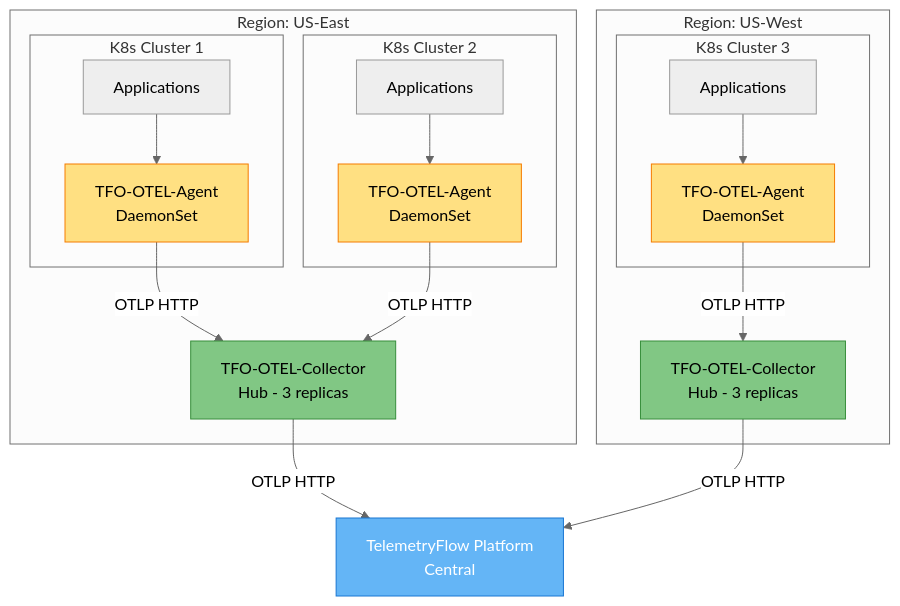
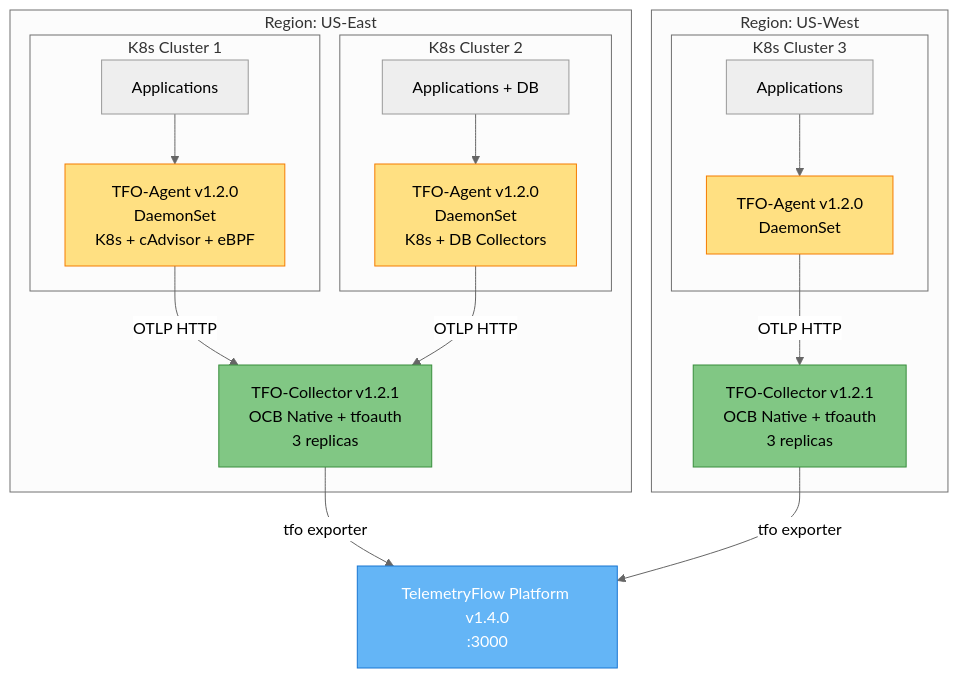
The second of 4 diagrams in tfo-otel/DEPLOYMENT.md (telemetryflow/telemetryflow-overview), drawn with Mermaid (neutral theme) before and after one commit. The commit also changed other lines of this file and 68 other files, not shown here.

Commit message:
feat: TFO Overview Update, TFO Platform v1.4.0

````diff
--- a/tfo-otel/DEPLOYMENT.md
+++ b/tfo-otel/DEPLOYMENT.md
@@ -81,38 +77,38 @@
 ```mermaid
 graph TB
     subgraph REGION1[Region: US-East]
         subgraph CLUSTER1[K8s Cluster 1]
-            APPS1[Applications] --> AGENT1[TFO-OTEL-Agent<br/>DaemonSet]
+            APPS1[Applications] --> AGENT1[TFO-Agent v1.2.0<br/>DaemonSet<br/>K8s + cAdvisor + eBPF]
         end
 
         subgraph CLUSTER2[K8s Cluster 2]
-            APPS2[Applications] --> AGENT2[TFO-OTEL-Agent<br/>DaemonSet]
+            APPS2[Applications + DB] --> AGENT2[TFO-Agent v1.2.0<br/>DaemonSet<br/>K8s + DB Collectors]
         end
 
-        COLLECTOR1[TFO-OTEL-Collector<br/>Hub - 3 replicas]
+        COLLECTOR1[TFO-Collector v1.2.1<br/>OCB Native + tfoauth<br/>3 replicas]
     end
 
     subgraph REGION2[Region: US-West]
         subgraph CLUSTER3[K8s Cluster 3]
-            APPS3[Applications] --> AGENT3[TFO-OTEL-Agent<br/>DaemonSet]
+            APPS3[Applications] --> AGENT3[TFO-Agent v1.2.0<br/>DaemonSet]
         end
 
-        COLLECTOR2[TFO-OTEL-Collector<br/>Hub - 3 replicas]
+        COLLECTOR2[TFO-Collector v1.2.1<br/>OCB Native + tfoauth<br/>3 replicas]
     end
 
-    PLATFORM[TelemetryFlow Platform<br/>Central]
+    PLATFORM[TelemetryFlow Platform v1.4.0<br/>:3000]
 
     AGENT1 -->|OTLP HTTP| COLLECTOR1
     AGENT2 -->|OTLP HTTP| COLLECTOR1
     AGENT3 -->|OTLP HTTP| COLLECTOR2
 
-    COLLECTOR1 -->|OTLP HTTP| PLATFORM
-    COLLECTOR2 -->|OTLP HTTP| PLATFORM
+    COLLECTOR1 -->|tfo exporter| PLATFORM
+    COLLECTOR2 -->|tfo exporter| PLATFORM
 
     style AGENT1 fill:#FFE082,stroke:#F57C00,color:#000
     style AGENT2 fill:#FFE082,stroke:#F57C00,color:#000
     style AGENT3 fill:#FFE082,stroke:#F57C00,color:#000
     style COLLECTOR1 fill:#81C784,stroke:#388E3C,color:#000
     style COLLECTOR2 fill:#81C784,stroke:#388E3C,color:#000
     style PLATFORM fill:#64B5F6,stroke:#1976D2,color:#fff
 ```
````
